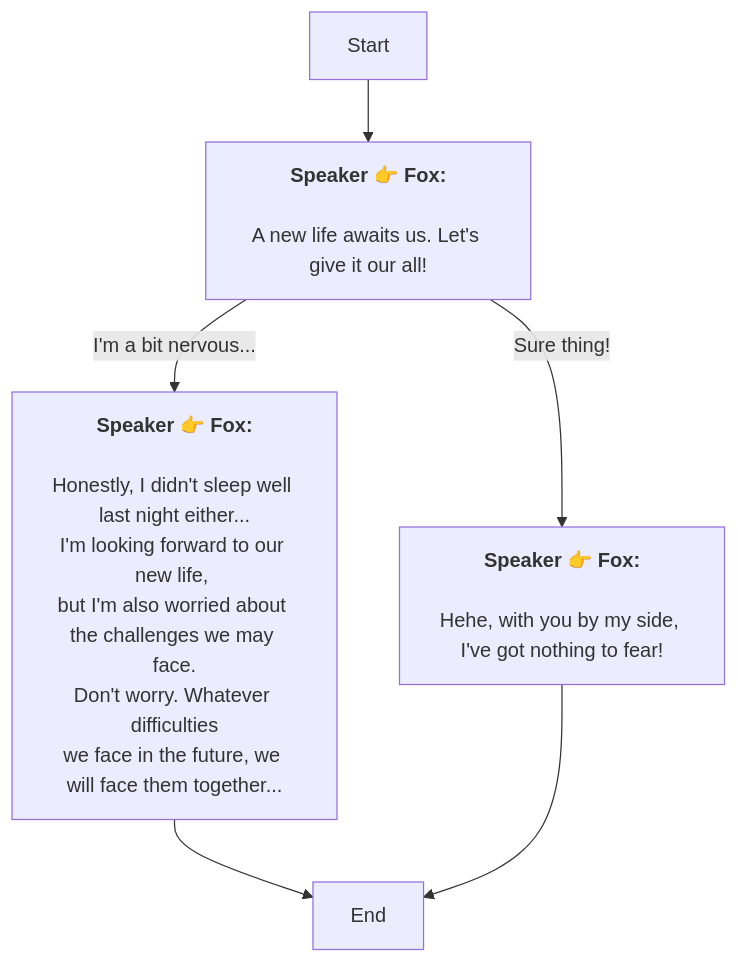
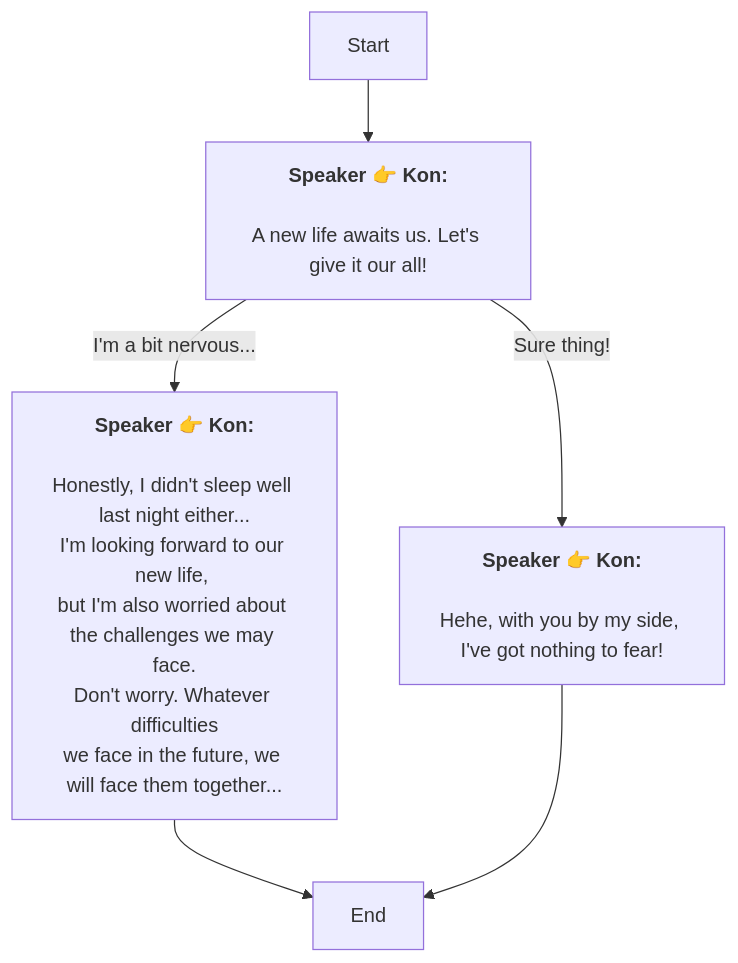
The diagram in En/AddDialogNode_1739604715000012.md (SoftHu/tos_avg), drawn with Mermaid before and after one commit. The commit also changed 730 other files, not shown here.

````diff
--- a/En/AddDialogNode_1739604715000012.md
+++ b/En/AddDialogNode_1739604715000012.md
@@ -1,15 +1,15 @@
 ```mermaid
 graph
-Start -->1739604959410383[<b>Speaker 👉 Fox:</b>
+Start -->1739604959410383[<b>Speaker 👉 Kon:</b>
 \nA new life awaits us. Let's give it our all!]
-1739604959410383 -->|Sure thing!|1739610483867850[<b>Speaker 👉 Fox:</b>
+1739604959410383 -->|Sure thing!|1739610483867850[<b>Speaker 👉 Kon:</b>
 \nHehe, with you by my side, I've got nothing to fear!]
-1739604959410383 -->|I'm a bit nervous...|1739607005541577[<b>Speaker 👉 Fox:</b>
+1739604959410383 -->|I'm a bit nervous...|1739607005541577[<b>Speaker 👉 Kon:</b>
 \nHonestly, I didn't sleep well last night either...
 I'm looking forward to our new life, 
 but I'm also worried about the challenges we may face.\nDon't worry. Whatever difficulties
 we face in the future, we will face them together...]
 1739607005541577 -->1739675679144139[End]
 1739610483867850 -->1739675679144139[End]
 
 ```
````
